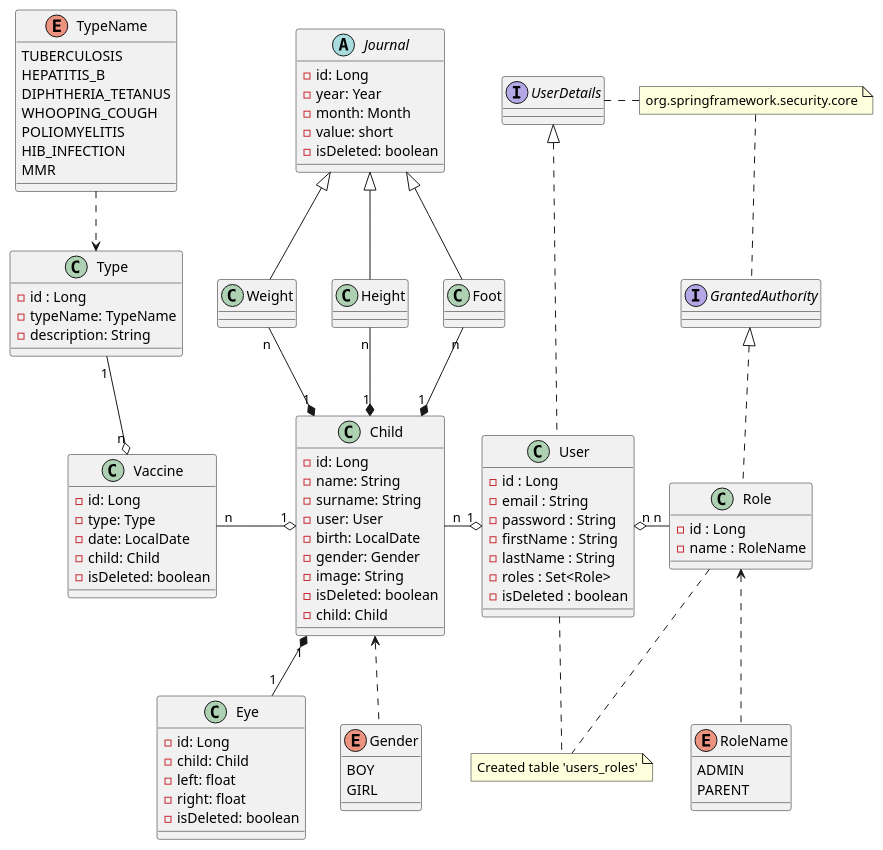
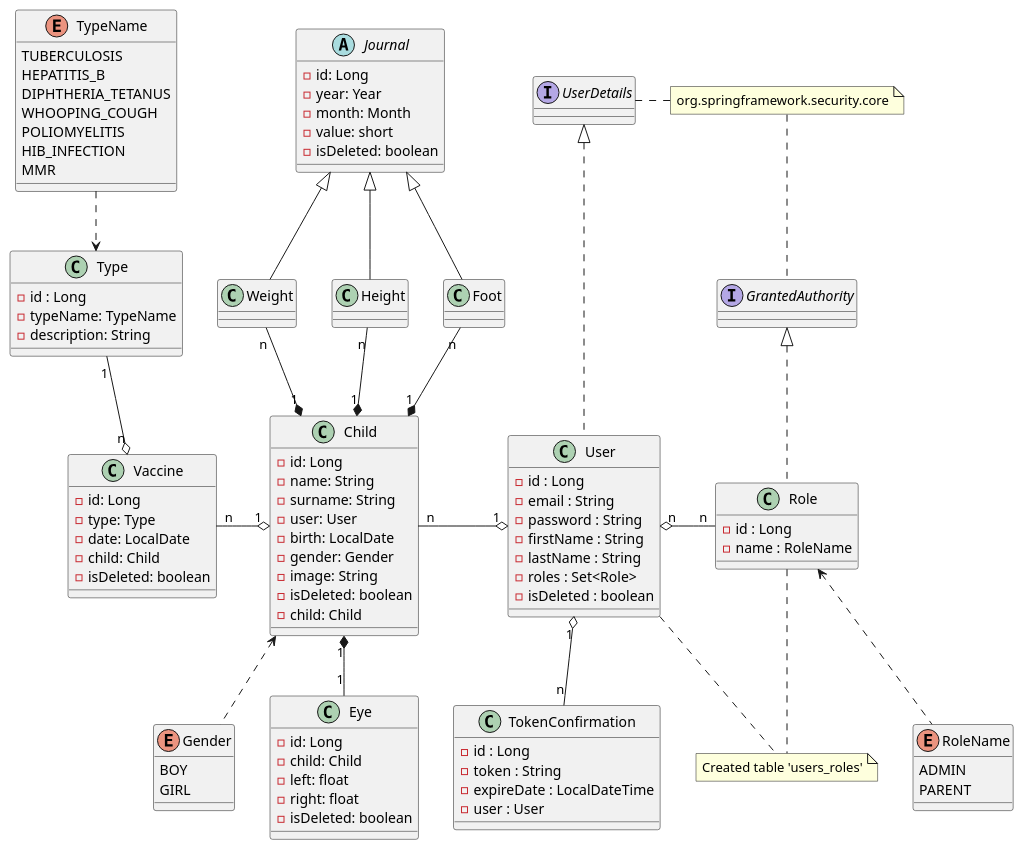
Before and after one commit to fe-july-91/ChildVaccinationDiary: the diagram in modelUML.puml, drawn with PlantUML. The commit also changed 18 other files, not shown here.

```diff
--- a/modelUML.puml
+++ b/modelUML.puml
@@ -1,119 +1,127 @@
 @startuml
 'https://plantuml.com/class-diagram
 
 interface UserDetails
 interface GrantedAuthority
 
 class User {
-- id : Long
-- email : String
-- password : String
-- firstName : String
-- lastName : String
-- roles : Set<Role>
-- isDeleted : boolean
+ - id : Long
+ - email : String
+ - password : String
+ - firstName : String
+ - lastName : String
+ - roles : Set<Role>
+ - isDeleted : boolean
 }
 
 class Role {
-- id : Long
-- name : RoleName
+ - id : Long
+ - name : RoleName
 }
 
 enum RoleName {
-ADMIN
-PARENT
+ ADMIN
+ PARENT
+}
+
+class TokenConfirmation{
+ -  id : Long
+ -  token : String
+ -  expireDate : LocalDateTime
+ -  user : User
 }
 
 class Child {
 - id: Long
 - name: String
 - surname: String
 - user: User
 - birth: LocalDate
 - gender: Gender
 - image: String
 - isDeleted: boolean
 - child: Child
 }
 
 class Eye {
 - id: Long
 - child: Child
 - left: float
 - right: float
 - isDeleted: boolean
 }
 
 enum Gender {
 BOY
 GIRL
 }
 
 abstract class Journal {
 - id: Long
 - year: Year
 - month: Month
 - value: short
 - isDeleted: boolean
 }
 
 class Weight {
 }
 
 class Height {
 }
 
 class Foot {
 }
 
 class Type {
 - id : Long
 - typeName: TypeName
 - description: String
 }
 
 enum TypeName {
 TUBERCULOSIS
 HEPATITIS_B
 DIPHTHERIA_TETANUS
 WHOOPING_COUGH
 POLIOMYELITIS
 HIB_INFECTION
 MMR
 }
 
 class Vaccine {
 - id: Long
 - type: Type
 - date: LocalDate
 - child: Child
 - isDeleted: boolean
 }
 
 Journal <|-- Weight
 Journal <|-- Height
 Journal <|-- Foot
 Weight "n" --* "1" Child
 Height "n" --* "1" Child
 Foot "n" --* "1" Child
 Type "1" --o "n" Vaccine
 Vaccine "n" -o "1" Child
 Child "1" *-- "1" Eye
 Child "n" -o "1" User
 User "n" o- "n" Role
 UserDetails <|.. User
 GrantedAuthority <|.. Role
+User "1" o-- "n" TokenConfirmation
 
 note "org.springframework.security.core" as MyNote
 MyNote .. GrantedAuthority
 UserDetails . MyNote
 
 note "Created table 'users_roles'" as MyNote2
 User .. MyNote2
 Role .. MyNote2
 
 Role <.. RoleName
 TypeName ..>Type
 Child <..Gender
 
 @enduml
```
